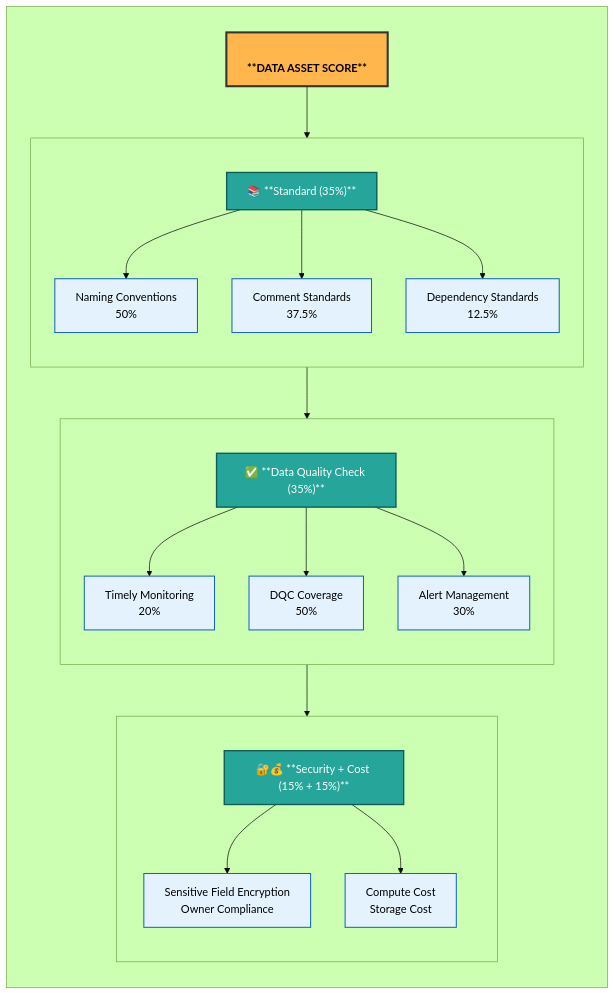
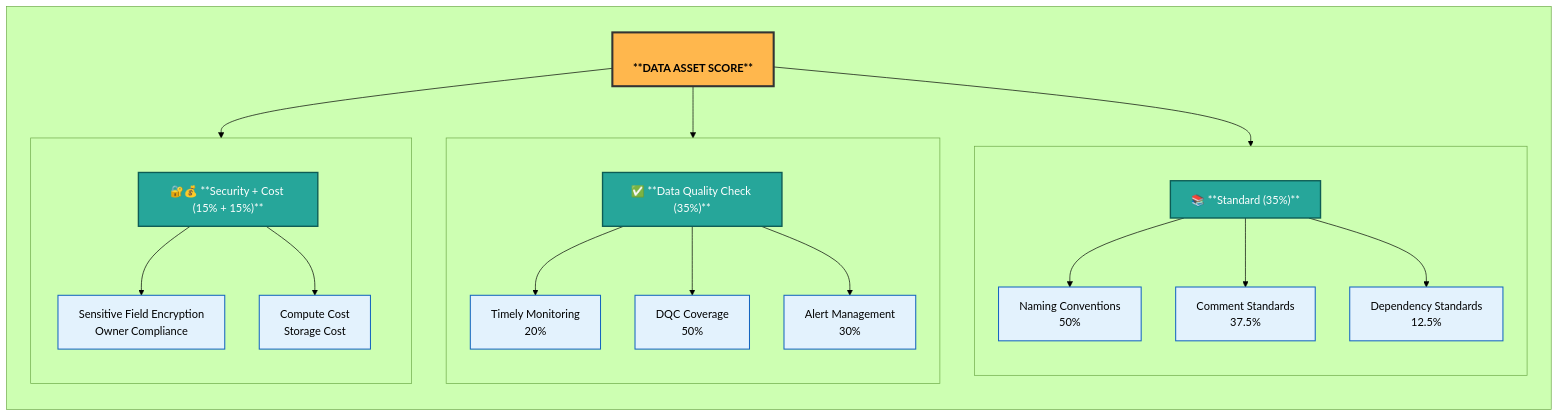
Before and after one commit to blaire101/data-warehouse-solutions: the second of 4 diagrams in README.md, drawn with Mermaid (forest theme).

````diff
--- a/README.md
+++ b/README.md
@@ -216,53 +216,55 @@
 ```mermaid
 flowchart LR
 
     %% ============ OUTER CONTAINER ============
     subgraph DAS[" "]
       direction TB
 
       %% --- Big Title Node (prominent) ---
       DAS_TITLE["<br/>**DATA ASSET SCORE**<br/>"]:::title
 
       %% --- 1) STANDARD (35%) ---
       subgraph STDG[" "]
         direction TB
         STD_HDR["📚 **Standard (35%)**"]:::group
         ST_A["Naming Conventions<br>50%"]:::item
         ST_B["Comment Standards<br>37.5%"]:::item
         ST_C["Dependency Standards<br>12.5%"]:::item
         STD_HDR --> ST_A & ST_B & ST_C
       end
 
       %% --- 2) DQC (35%) ---
       subgraph DQG[" "]
         direction TB
         DQ_HDR["✅ **Data Quality Check (35%)**"]:::group
         DQ_A["Timely Monitoring<br>20%"]:::item
         DQ_B["DQC Coverage<br>50%"]:::item
         DQ_C["Alert Management<br>30%"]:::item
         DQ_HDR --> DQ_A & DQ_B & DQ_C
       end
 
       %% --- 3) SECURITY + COST (15% + 15%) ---
       subgraph SECOG[" "]
         direction TB
         SECO_HDR["🔐💰 **Security + Cost (15% + 15%)**"]:::group
         SECO_A["Sensitive Field Encryption<br>Owner Compliance"]:::item
         SECO_B["Compute Cost<br>Storage Cost"]:::item
         SECO_HDR --> SECO_A & SECO_B
       end
     end
 
     %% ============ FLOW / ORDER ============
-    DAS_TITLE --> STD_HDR --> DQ_HDR --> SECO_HDR
+    DAS_TITLE --> STD_HDR
+    DAS_TITLE --> DQ_HDR
+    DAS_TITLE --> SECO_HDR
 
     %% ============ STYLES ============
     %% Title: strong orange, thick border, bold
     classDef title fill:#FFB74D,stroke:#333,stroke-width:3px,font-weight:bold;
 
     %% Group headers: teal/blue-green with white text for strong contrast
     classDef group fill:#26A69A,stroke:#0D5C55,stroke-width:2px,color:#FFFFFF;
 
     %% Items: light blue with slightly darker blue border
     classDef item fill:#E3F2FD,stroke:#1565C0,stroke-width:1.5px;
 ```
````
